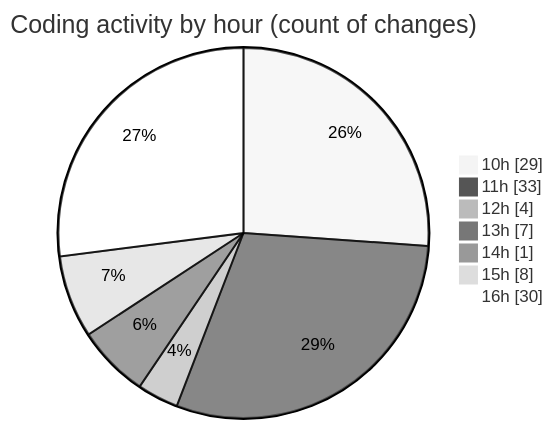
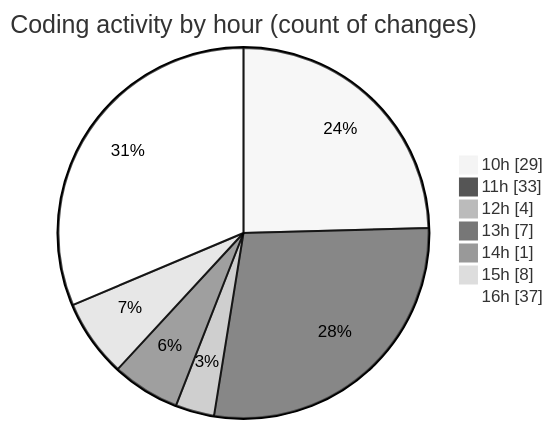
Before and after one commit to momahboobian/code-tracking: the second of 2 diagrams in 2025-06-05/cda/README.md, drawn with Mermaid (neutral theme). The commit also changed other lines of this file and 1 other file, not shown here.

````diff
--- a/2025-06-05/cda/README.md
+++ b/2025-06-05/cda/README.md
@@ -64,11 +64,11 @@
 ```mermaid
 pie showData
 title Coding activity by hour (count of changes)
 "10h" : 29
 "11h" : 33
 "12h" : 4
 "13h" : 7
 "14h" : 1
 "15h" : 8
-"16h" : 30
+"16h" : 37
 ```
````
